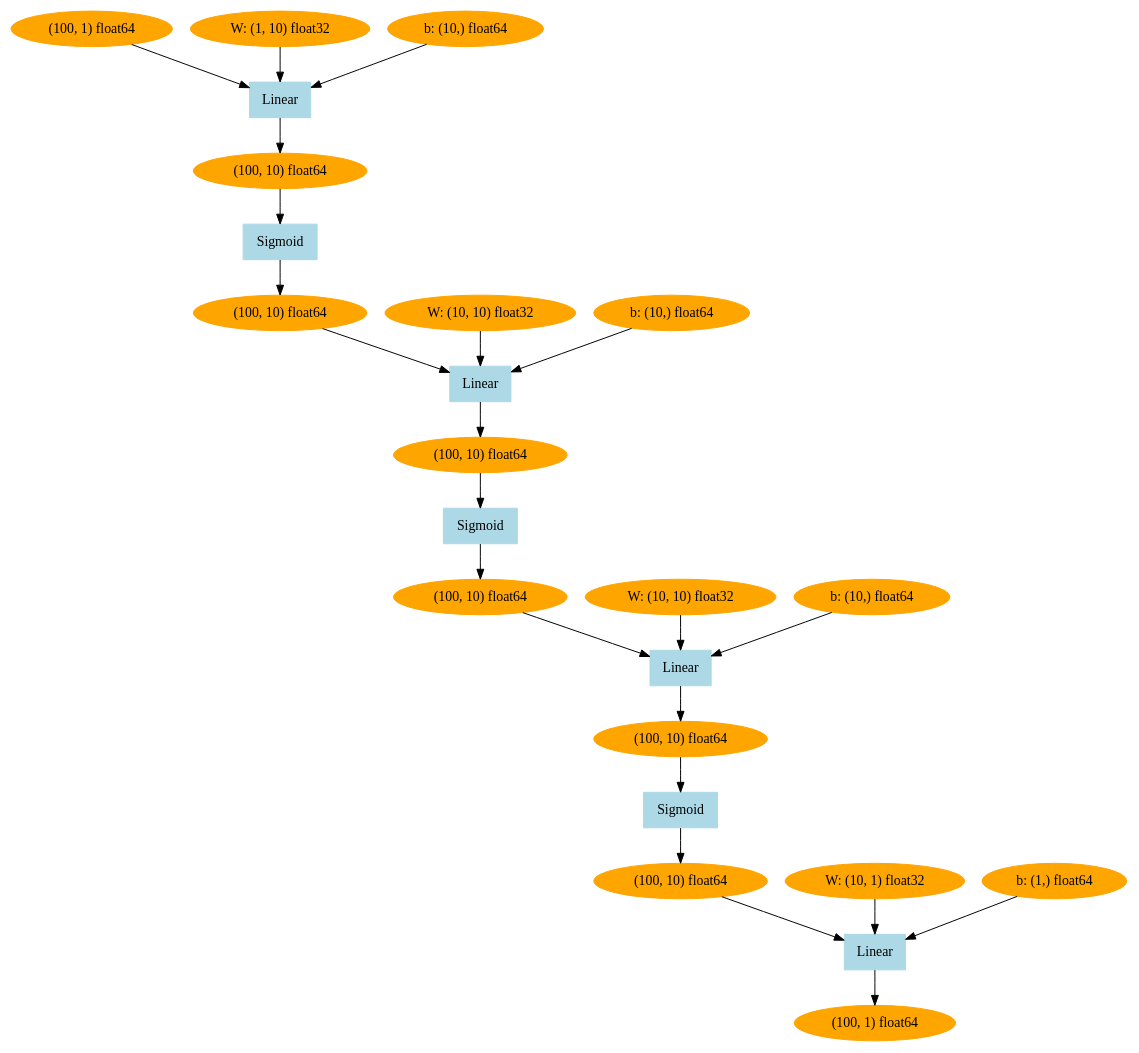
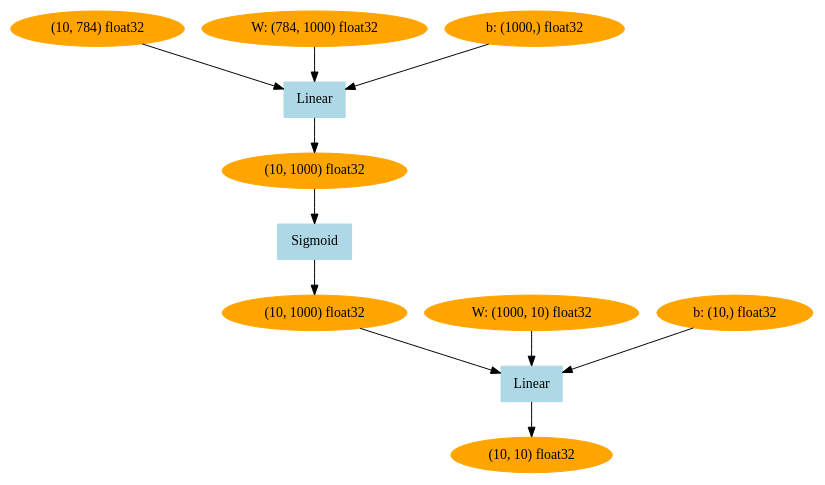
One commit to hibit-at/hibitdezero changed the diagram in .dezero/tmp_graph.dot. Above: the diagram before and after it, drawn with Graphviz. The commit also changed 19 other files, not shown here.

```diff
--- a/.dezero/tmp_graph.dot
+++ b/.dezero/tmp_graph.dot
@@ -1,47 +1,23 @@
 digraph g{
-2696461801608 [label="(100, 1) float64", color=orange, style=filled]
-2696461052488 [label="Linear", color=lightblue, style=filled, shape=box]
-2696460894728 -> 2696461052488
-2696461847560 -> 2696461052488
-2696463026248 -> 2696461052488
-2696461052488 -> 2696461801608
-2696460894728 [label="(100, 10) float64", color=orange, style=filled]
-2696461847560 [label="W: (10, 1) float32", color=orange, style=filled]
-2696463026248 [label="b: (1,) float64", color=orange, style=filled]
-2696461454984 [label="Sigmoid", color=lightblue, style=filled, shape=box]
-2696462662152 -> 2696461454984
-2696461454984 -> 2696460894728
-2696462662152 [label="(100, 10) float64", color=orange, style=filled]
-2696461675400 [label="Linear", color=lightblue, style=filled, shape=box]
-2696461453128 -> 2696461675400
-2696461424200 -> 2696461675400
-2696457526984 -> 2696461675400
-2696461675400 -> 2696462662152
-2696461453128 [label="(100, 10) float64", color=orange, style=filled]
-2696461424200 [label="W: (10, 10) float32", color=orange, style=filled]
-2696457526984 [label="b: (10,) float64", color=orange, style=filled]
-2696461251976 [label="Sigmoid", color=lightblue, style=filled, shape=box]
-2696461303048 -> 2696461251976
-2696461251976 -> 2696461453128
-2696461303048 [label="(100, 10) float64", color=orange, style=filled]
-2696461729096 [label="Linear", color=lightblue, style=filled, shape=box]
-2696462757000 -> 2696461729096
-2696455769224 -> 2696461729096
-2696461668424 -> 2696461729096
-2696461729096 -> 2696461303048
-2696462757000 [label="(100, 10) float64", color=orange, style=filled]
-2696455769224 [label="W: (10, 10) float32", color=orange, style=filled]
-2696461668424 [label="b: (10,) float64", color=orange, style=filled]
-2696459679432 [label="Sigmoid", color=lightblue, style=filled, shape=box]
-2696462754184 -> 2696459679432
-2696459679432 -> 2696462757000
-2696462754184 [label="(100, 10) float64", color=orange, style=filled]
-2696457532232 [label="Linear", color=lightblue, style=filled, shape=box]
-2696462775048 -> 2696457532232
-2696199939336 -> 2696457532232
-2696448533192 -> 2696457532232
-2696457532232 -> 2696462754184
-2696462775048 [label="(100, 1) float64", color=orange, style=filled]
-2696199939336 [label="W: (1, 10) float32", color=orange, style=filled]
-2696448533192 [label="b: (10,) float64", color=orange, style=filled]
+1810487400520 [label="(10, 10) float32", color=orange, style=filled]
+1810490022984 [label="Linear", color=lightblue, style=filled, shape=box]
+1810487400648 -> 1810490022984
+1810487400712 -> 1810490022984
+1810487401736 -> 1810490022984
+1810490022984 -> 1810487400520
+1810487400648 [label="(10, 1000) float32", color=orange, style=filled]
+1810487400712 [label="W: (1000, 10) float32", color=orange, style=filled]
+1810487401736 [label="b: (10,) float32", color=orange, style=filled]
+1810486325640 [label="Sigmoid", color=lightblue, style=filled, shape=box]
+1810871791368 -> 1810486325640
+1810486325640 -> 1810487400648
+1810871791368 [label="(10, 1000) float32", color=orange, style=filled]
+1810490022856 [label="Linear", color=lightblue, style=filled, shape=box]
+1810487664328 -> 1810490022856
+1810482282440 -> 1810490022856
+1812475147784 -> 1810490022856
+1810490022856 -> 1810871791368
+1810487664328 [label="(10, 784) float32", color=orange, style=filled]
+1810482282440 [label="W: (784, 1000) float32", color=orange, style=filled]
+1812475147784 [label="b: (1000,) float32", color=orange, style=filled]
 }
```
